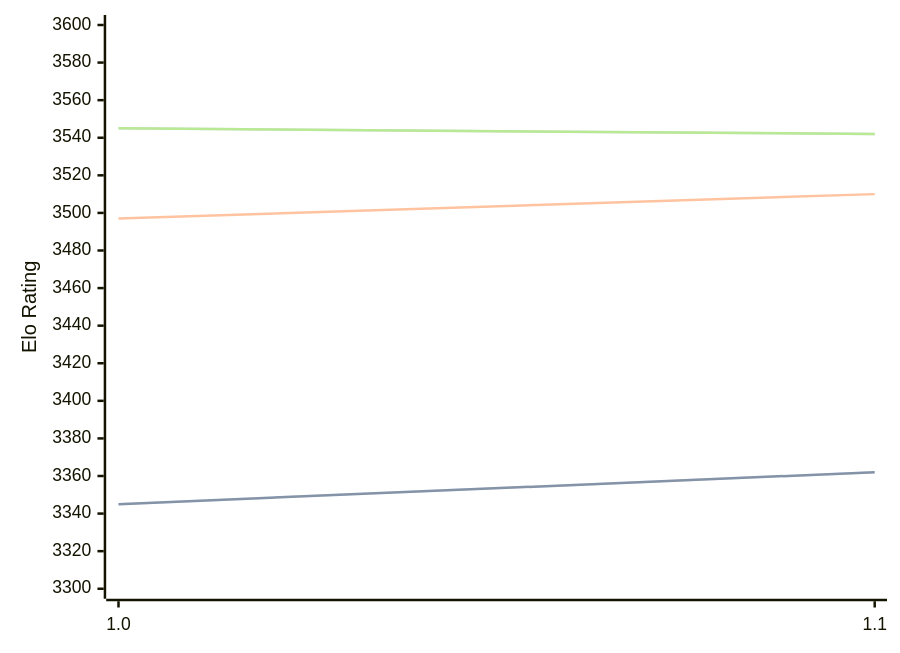
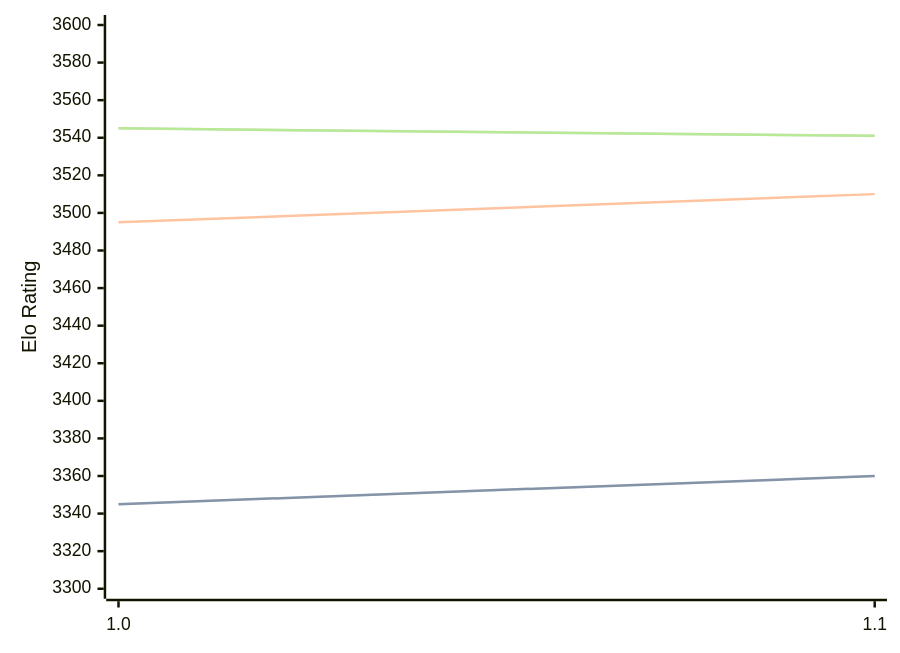
Before and after one commit to computer-chess-index/cci: the diagram in engines/Horsie.md, drawn with Mermaid. The commit also changed other lines of this file, not shown here.

Commit message:
Update CCI Ratings (ELO VLTC) - 2026-10-01

````diff
--- a/engines/Horsie.md
+++ b/engines/Horsie.md
@@ -32,11 +32,11 @@
 ```mermaid
 %%{init: {"theme":"base","themeVariables":{"seriesColors:['#a3a3a3','#222221','#faa371']}}}%%
 xychart-beta
   x-axis ["1.0", "1.1"]
   y-axis "Elo Rating" 3300 --> 3600
-  line "" [3345, 3362]
-  line "STC (8.0+0.08s)" [3345, 3362]
-  line "LTC (60.0+0.60s)" [3497, 3510]
-  line "" [3545, 3542]
-  line "VLTC (2m24s+1.12s)" [3545, 3542]
+  line "" [3345, 3360]
+  line "STC (8.0+0.08s)" [3345, 3360]
+  line "LTC (60.0+0.60s)" [3495, 3510]
+  line "" [3545, 3541]
+  line "VLTC (2m24s+1.12s)" [3545, 3541]
 ```
````
